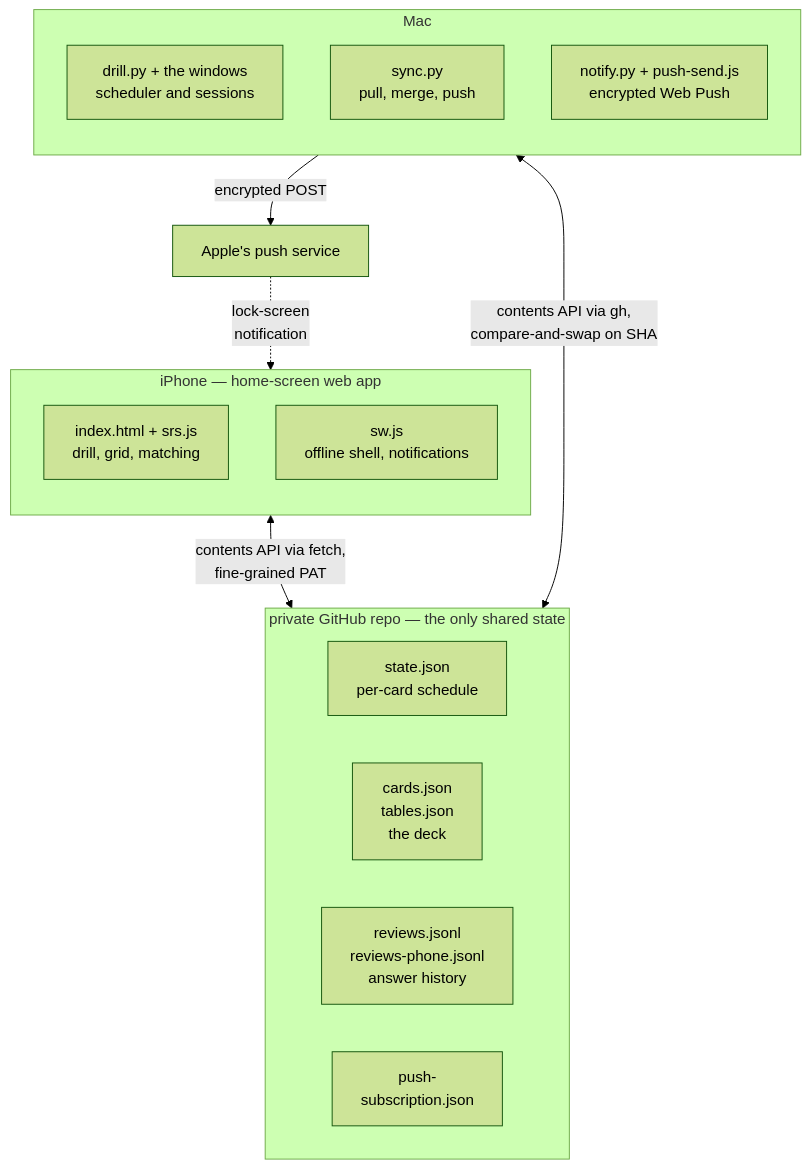
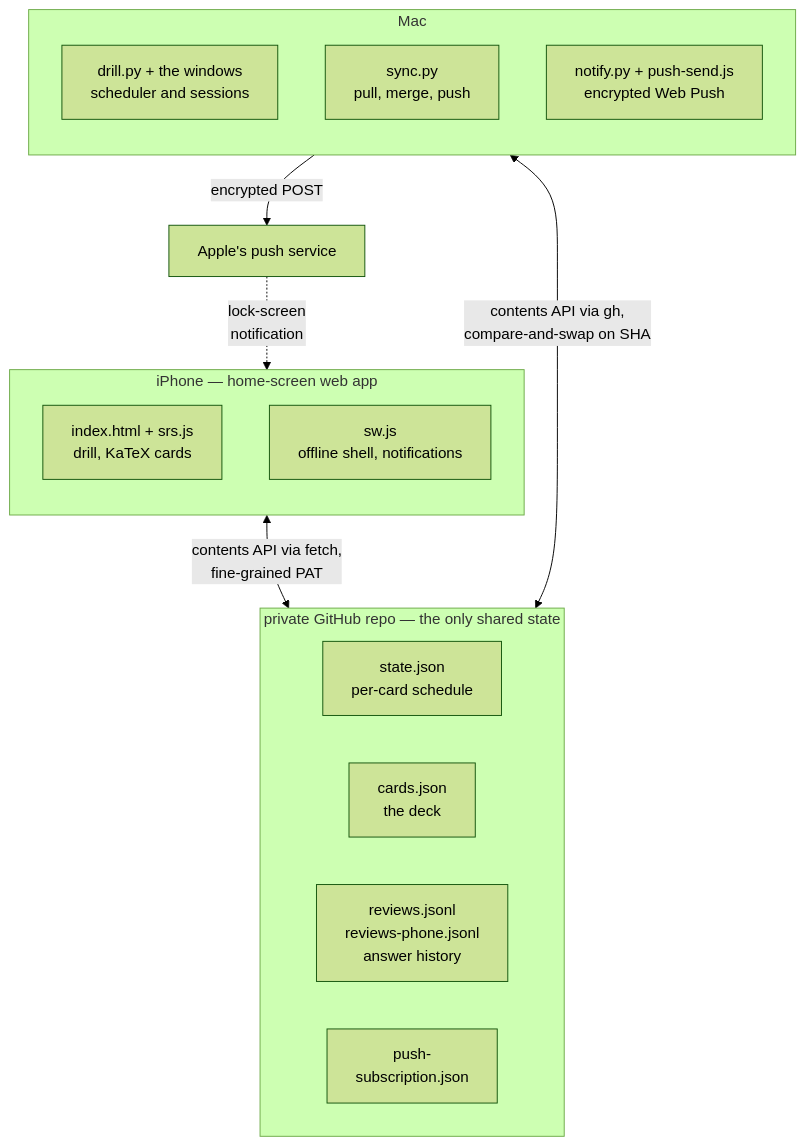
Before and after one commit to willh003/rl-drill: the first of 4 diagrams in README.md, drawn with Mermaid (forest theme). The commit also changed other lines of this file and 51 other files, not shown here.

````diff
--- a/README.md
+++ b/README.md
@@ -57,28 +46,28 @@
 ```mermaid
 flowchart TB
     subgraph mac["Mac"]
         direction TB
         drill["drill.py + the windows<br/>scheduler and sessions"]
         sync["sync.py<br/>pull, merge, push"]
         notify["notify.py + push-send.js<br/>encrypted Web Push"]
     end
 
     subgraph phone["iPhone — home-screen web app"]
         direction TB
-        app["index.html + srs.js<br/>drill, grid, matching"]
+        app["index.html + srs.js<br/>drill, KaTeX cards"]
         sw["sw.js<br/>offline shell, notifications"]
     end
 
     subgraph repo["private GitHub repo — the only shared state"]
         direction LR
         state["state.json<br/>per-card schedule"]
-        cards["cards.json<br/>tables.json<br/>the deck"]
+        cards["cards.json<br/>the deck"]
         hist["reviews.jsonl<br/>reviews-phone.jsonl<br/>answer history"]
         sub["push-<br/>subscription.json"]
     end
 
     sync <-->|"contents API via gh,<br/>compare-and-swap on SHA"| repo
     app <-->|"contents API via fetch,<br/>fine-grained PAT"| repo
     notify -->|"encrypted POST"| apns["Apple's push service"]
     apns -.->|"lock-screen<br/>notification"| sw
 ```
````
